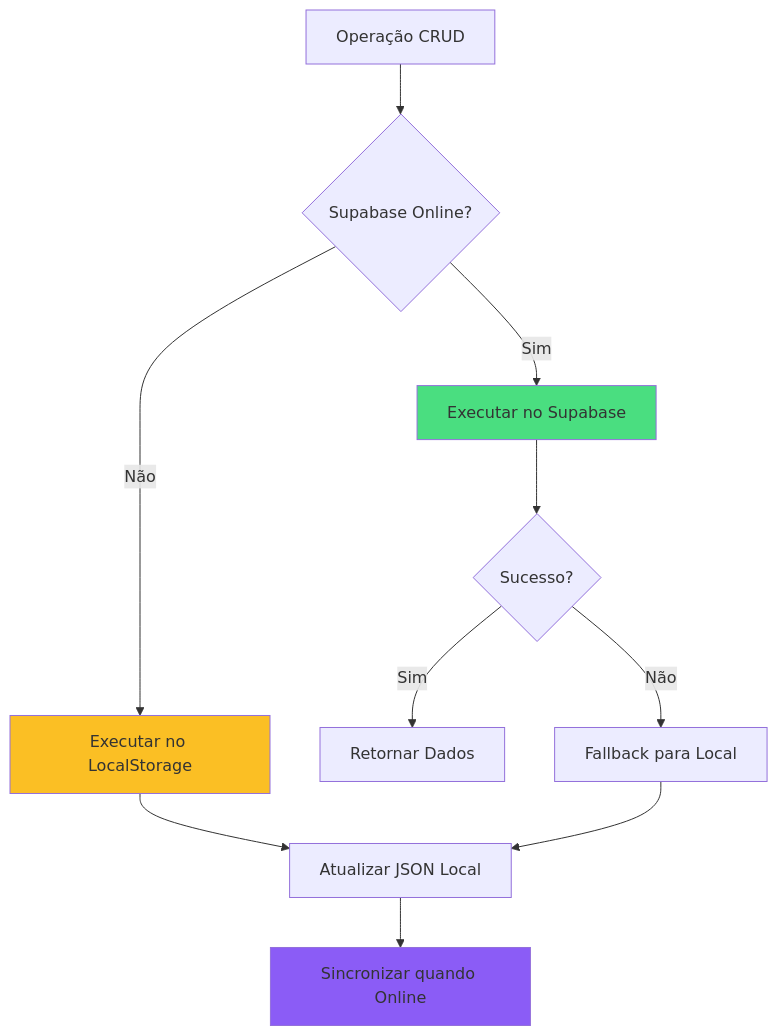
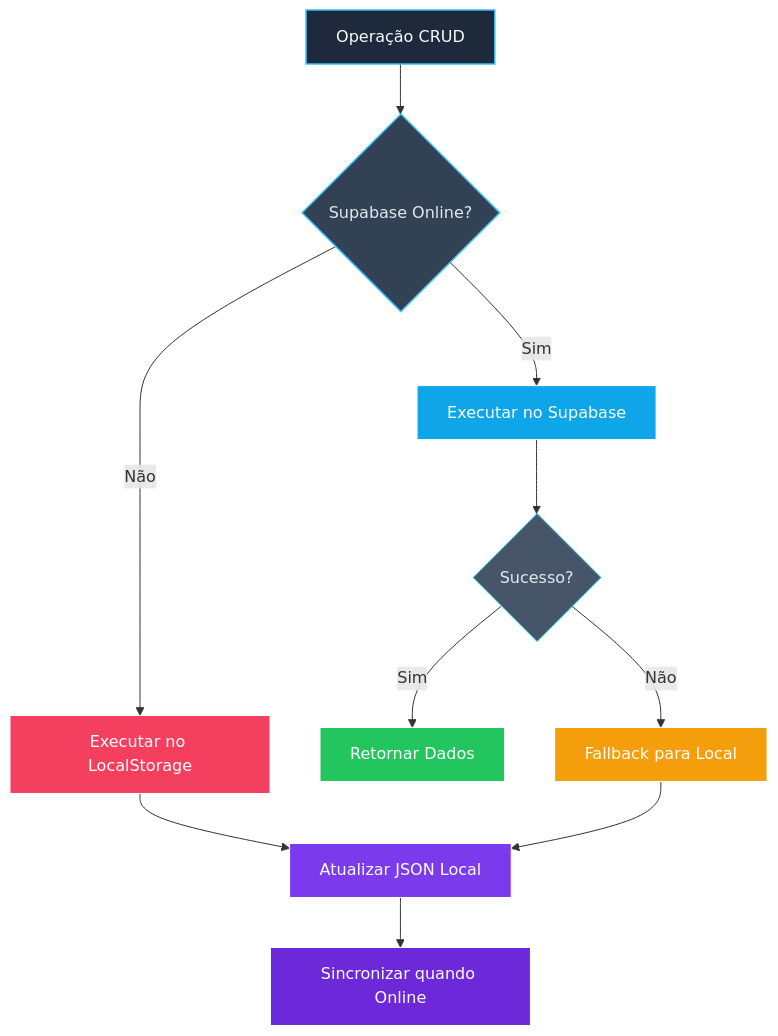
The fourth of 4 diagrams in documentacaoTecnica/CONECTIVIDADE_CRUD.md (cold-tech/documentacao), drawn with Mermaid before and after one commit.

````diff
--- a/documentacaoTecnica/CONECTIVIDADE_CRUD.md
+++ b/documentacaoTecnica/CONECTIVIDADE_CRUD.md
@@ -382,18 +382,26 @@
 ```mermaid
 graph TD
     A[Operação CRUD] --> B{Supabase Online?}
     B -->|Sim| C[Executar no Supabase]
     B -->|Não| D[Executar no LocalStorage]
     
     C --> E{Sucesso?}
     E -->|Sim| F[Retornar Dados]
     E -->|Não| G[Fallback para Local]
     
     D --> H[Atualizar JSON Local]
     G --> H
     H --> I[Sincronizar quando Online]
-    
-    style C fill:#4ade80
-    style D fill:#fbbf24
-    style I fill:#8b5cf6
+
+    %% Estilos mais sóbrios e profissionais
+    style A fill:#1e293b,stroke:#38bdf8,stroke-width:1.5px,color:#f8fafc
+    style B fill:#334155,stroke:#38bdf8,stroke-width:1.5px,color:#e2e8f0
+    style C fill:#0ea5e9,stroke:#fff,stroke-width:1px,color:#fff
+    style D fill:#f43f5e,stroke:#fff,stroke-width:1px,color:#fff
+    style E fill:#475569,stroke:#22d3ee,stroke-width:1px,color:#e2e8f0
+    style F fill:#22c55e,stroke:#fff,color:#fff
+    style G fill:#f59e0b,stroke:#fff,color:#fff
+    style H fill:#7c3aed,stroke:#fff,color:#fff
+    style I fill:#6d28d9,stroke:#fff,color:#fff
+
 ```
````
